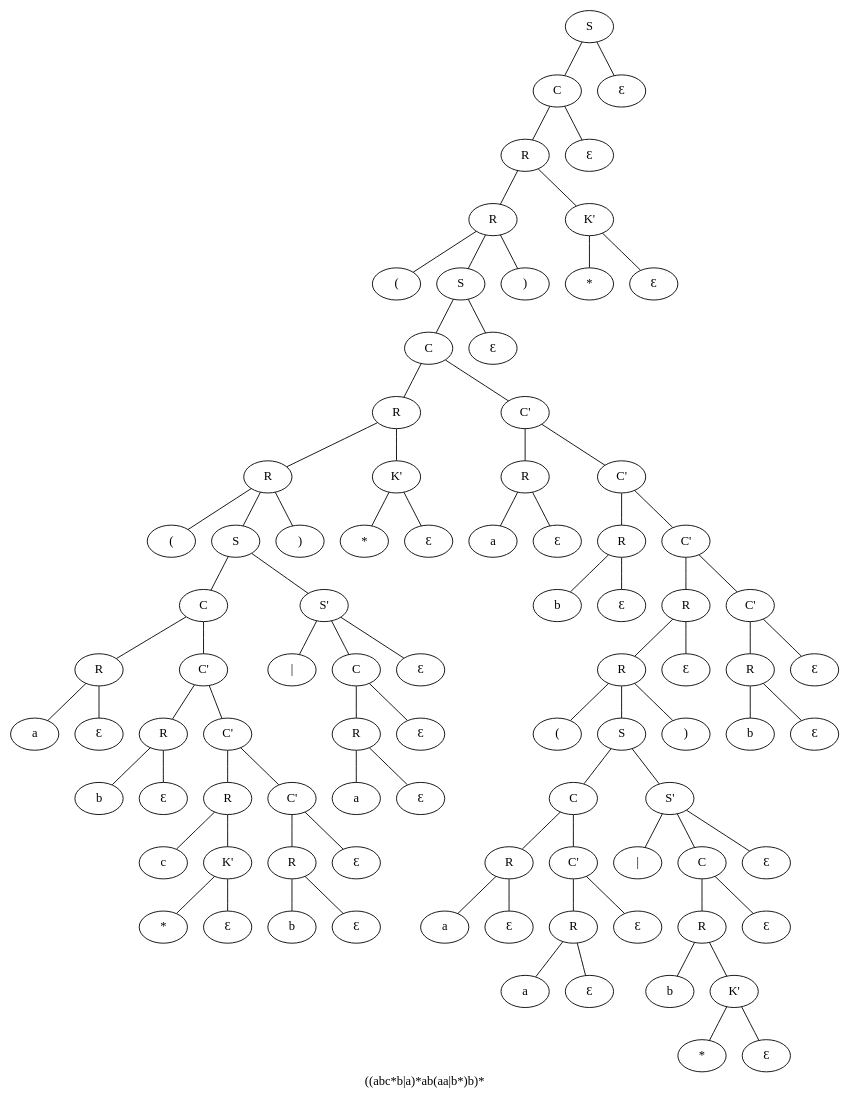
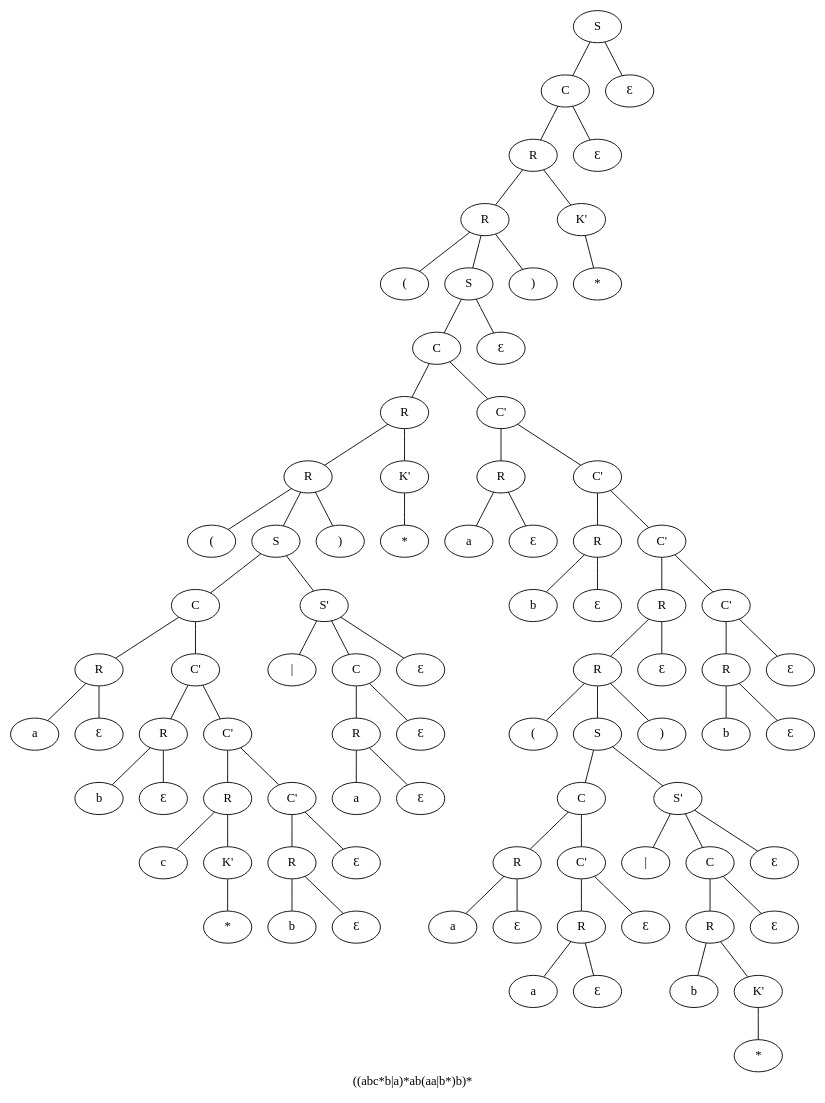
Before and after one commit to DRomanenko/itmo-mt: the diagram in lab2/results/test_from_the_condition.dot, drawn with Graphviz. The commit also changed 12 other files, not shown here.

```diff
--- a/lab2/results/test_from_the_condition.dot
+++ b/lab2/results/test_from_the_condition.dot
@@ -55,171 +55,159 @@
 1387228415 [label="K'"]
 1387228415 -- 120960120
 120960120 [label="*"]
-1387228415 [label="K'"]
-1387228415 -- 748658608
-748658608 [label="Ɛ"]
 1516369375 [label="C'"]
-1516369375 -- 546718765
-546718765 [label="C'"]
+1516369375 -- 748658608
+748658608 [label="C'"]
+748658608 -- 546718765
+546718765 [label="R"]
 546718765 -- 167185492
-167185492 [label="R"]
-167185492 -- 592179046
-592179046 [label="b"]
-167185492 [label="R"]
-167185492 -- 1937348256
+167185492 [label="b"]
+546718765 [label="R"]
+546718765 -- 592179046
+592179046 [label="Ɛ"]
+748658608 [label="C'"]
+748658608 -- 1937348256
 1937348256 [label="Ɛ"]
-546718765 [label="C'"]
-546718765 -- 1641808846
-1641808846 [label="Ɛ"]
 1740035246 [label="S"]
-1740035246 -- 1358444045
-1358444045 [label="S'"]
-1358444045 -- 750044075
-750044075 [label="|"]
-1358444045 [label="S'"]
-1358444045 -- 331844619
-331844619 [label="C"]
+1740035246 -- 1641808846
+1641808846 [label="S'"]
+1641808846 -- 1358444045
+1358444045 [label="|"]
+1641808846 [label="S'"]
+1641808846 -- 750044075
+750044075 [label="C"]
+750044075 -- 331844619
+331844619 [label="R"]
 331844619 -- 310656974
-310656974 [label="R"]
-310656974 -- 64830413
-64830413 [label="a"]
-310656974 [label="R"]
-310656974 -- 159259014
+310656974 [label="a"]
+331844619 [label="R"]
+331844619 -- 64830413
+64830413 [label="Ɛ"]
+750044075 [label="C"]
+750044075 -- 159259014
 159259014 [label="Ɛ"]
-331844619 [label="C"]
-331844619 -- 653687670
+1641808846 [label="S'"]
+1641808846 -- 653687670
 653687670 [label="Ɛ"]
-1358444045 [label="S'"]
-1358444045 -- 356473385
-356473385 [label="Ɛ"]
 1635546341 [label="R"]
-1635546341 -- 2136344592
-2136344592 [label=")"]
+1635546341 -- 356473385
+356473385 [label=")"]
 759156157 [label="R"]
-759156157 -- 110992469
-110992469 [label="K'"]
-110992469 -- 329611835
-329611835 [label="*"]
-110992469 [label="K'"]
-110992469 -- 2091156596
-2091156596 [label="Ɛ"]
+759156157 -- 2136344592
+2136344592 [label="K'"]
+2136344592 -- 110992469
+110992469 [label="*"]
 60830820 [label="C"]
-60830820 -- 863831416
-863831416 [label="C'"]
-863831416 -- 1508395126
-1508395126 [label="R"]
-1508395126 -- 1638172114
-1638172114 [label="a"]
-1508395126 [label="R"]
-1508395126 -- 972765878
-972765878 [label="Ɛ"]
-863831416 [label="C'"]
-863831416 -- 1651945012
-1651945012 [label="C'"]
-1651945012 -- 2034688500
-2034688500 [label="R"]
-2034688500 -- 1007251739
-1007251739 [label="b"]
-2034688500 [label="R"]
-2034688500 -- 1556595366
-1556595366 [label="Ɛ"]
-1651945012 [label="C'"]
-1651945012 -- 194494468
-194494468 [label="C'"]
+60830820 -- 329611835
+329611835 [label="C'"]
+329611835 -- 2091156596
+2091156596 [label="R"]
+2091156596 -- 863831416
+863831416 [label="a"]
+2091156596 [label="R"]
+2091156596 -- 1508395126
+1508395126 [label="Ɛ"]
+329611835 [label="C'"]
+329611835 -- 1638172114
+1638172114 [label="C'"]
+1638172114 -- 972765878
+972765878 [label="R"]
+972765878 -- 1651945012
+1651945012 [label="b"]
+972765878 [label="R"]
+972765878 -- 2034688500
+2034688500 [label="Ɛ"]
+1638172114 [label="C'"]
+1638172114 -- 1007251739
+1007251739 [label="C'"]
+1007251739 -- 1556595366
+1556595366 [label="R"]
+1556595366 -- 194494468
+194494468 [label="R"]
 194494468 -- 1167116739
-1167116739 [label="R"]
-1167116739 -- 853993923
-853993923 [label="R"]
+1167116739 [label="("]
+194494468 [label="R"]
+194494468 -- 853993923
+853993923 [label="S"]
 853993923 -- 1347870667
-1347870667 [label="("]
-853993923 [label="R"]
-853993923 -- 1702146597
-1702146597 [label="S"]
+1347870667 [label="C"]
+1347870667 -- 1702146597
+1702146597 [label="R"]
 1702146597 -- 644460953
-644460953 [label="C"]
-644460953 -- 591723622
-591723622 [label="R"]
-591723622 -- 1166726978
-1166726978 [label="a"]
-591723622 [label="R"]
-591723622 -- 95395916
-95395916 [label="Ɛ"]
-644460953 [label="C"]
-644460953 -- 1856056345
-1856056345 [label="C'"]
-1856056345 -- 1778535015
-1778535015 [label="R"]
-1778535015 -- 2032251042
-2032251042 [label="a"]
-1778535015 [label="R"]
-1778535015 -- 24433162
-24433162 [label="Ɛ"]
-1856056345 [label="C'"]
-1856056345 -- 1725097945
-1725097945 [label="Ɛ"]
-1702146597 [label="S"]
-1702146597 -- 519821334
-519821334 [label="S'"]
+644460953 [label="a"]
+1702146597 [label="R"]
+1702146597 -- 591723622
+591723622 [label="Ɛ"]
+1347870667 [label="C"]
+1347870667 -- 1166726978
+1166726978 [label="C'"]
+1166726978 -- 95395916
+95395916 [label="R"]
+95395916 -- 1856056345
+1856056345 [label="a"]
+95395916 [label="R"]
+95395916 -- 1778535015
+1778535015 [label="Ɛ"]
+1166726978 [label="C'"]
+1166726978 -- 2032251042
+2032251042 [label="Ɛ"]
+853993923 [label="S"]
+853993923 -- 24433162
+24433162 [label="S'"]
+24433162 -- 1725097945
+1725097945 [label="|"]
+24433162 [label="S'"]
+24433162 -- 519821334
+519821334 [label="C"]
 519821334 -- 1781256139
-1781256139 [label="|"]
-519821334 [label="S'"]
-519821334 -- 1307096070
-1307096070 [label="C"]
-1307096070 -- 1014328909
-1014328909 [label="R"]
+1781256139 [label="R"]
+1781256139 -- 1307096070
+1307096070 [label="b"]
+1781256139 [label="R"]
+1781256139 -- 1014328909
+1014328909 [label="K'"]
 1014328909 -- 2081303229
-2081303229 [label="b"]
-1014328909 [label="R"]
-1014328909 -- 1223685984
-1223685984 [label="K'"]
-1223685984 -- 1076835071
-1076835071 [label="*"]
-1223685984 [label="K'"]
-1223685984 -- 1463757745
-1463757745 [label="Ɛ"]
-1307096070 [label="C"]
-1307096070 -- 1525262377
+2081303229 [label="*"]
+519821334 [label="C"]
+519821334 -- 1223685984
+1223685984 [label="Ɛ"]
+24433162 [label="S'"]
+24433162 -- 1076835071
+1076835071 [label="Ɛ"]
+194494468 [label="R"]
+194494468 -- 1463757745
+1463757745 [label=")"]
+1556595366 [label="R"]
+1556595366 -- 1525262377
 1525262377 [label="Ɛ"]
-519821334 [label="S'"]
-519821334 -- 1837760739
-1837760739 [label="Ɛ"]
-853993923 [label="R"]
-853993923 -- 1418428263
-1418428263 [label=")"]
-1167116739 [label="R"]
-1167116739 -- 2059904228
-2059904228 [label="Ɛ"]
-194494468 [label="C'"]
-194494468 -- 1836643189
-1836643189 [label="C'"]
-1836643189 -- 1355316001
-1355316001 [label="R"]
-1355316001 -- 1597462040
-1597462040 [label="b"]
-1355316001 [label="R"]
-1355316001 -- 403716510
-403716510 [label="Ɛ"]
-1836643189 [label="C'"]
-1836643189 -- 853119666
-853119666 [label="Ɛ"]
+1007251739 [label="C'"]
+1007251739 -- 1837760739
+1837760739 [label="C'"]
+1837760739 -- 1418428263
+1418428263 [label="R"]
+1418428263 -- 2059904228
+2059904228 [label="b"]
+1418428263 [label="R"]
+1418428263 -- 1836643189
+1836643189 [label="Ɛ"]
+1837760739 [label="C'"]
+1837760739 -- 1355316001
+1355316001 [label="Ɛ"]
 1225373914 [label="S"]
-1225373914 -- 559670971
-559670971 [label="Ɛ"]
+1225373914 -- 1597462040
+1597462040 [label="Ɛ"]
 75457651 [label="R"]
-75457651 -- 1144648478
-1144648478 [label=")"]
+75457651 -- 403716510
+403716510 [label=")"]
 152005629 [label="R"]
-152005629 -- 1576861390
-1576861390 [label="K'"]
-1576861390 -- 600746945
-600746945 [label="*"]
-1576861390 [label="K'"]
-1576861390 -- 1566502717
-1566502717 [label="Ɛ"]
+152005629 -- 853119666
+853119666 [label="K'"]
+853119666 -- 559670971
+559670971 [label="*"]
 1096283470 [label="C"]
-1096283470 -- 1458849419
-1458849419 [label="Ɛ"]
+1096283470 -- 1144648478
+1144648478 [label="Ɛ"]
 846492085 [label="S"]
-846492085 -- 1824835605
-1824835605 [label="Ɛ"]
+846492085 -- 1576861390
+1576861390 [label="Ɛ"]
 }
```
